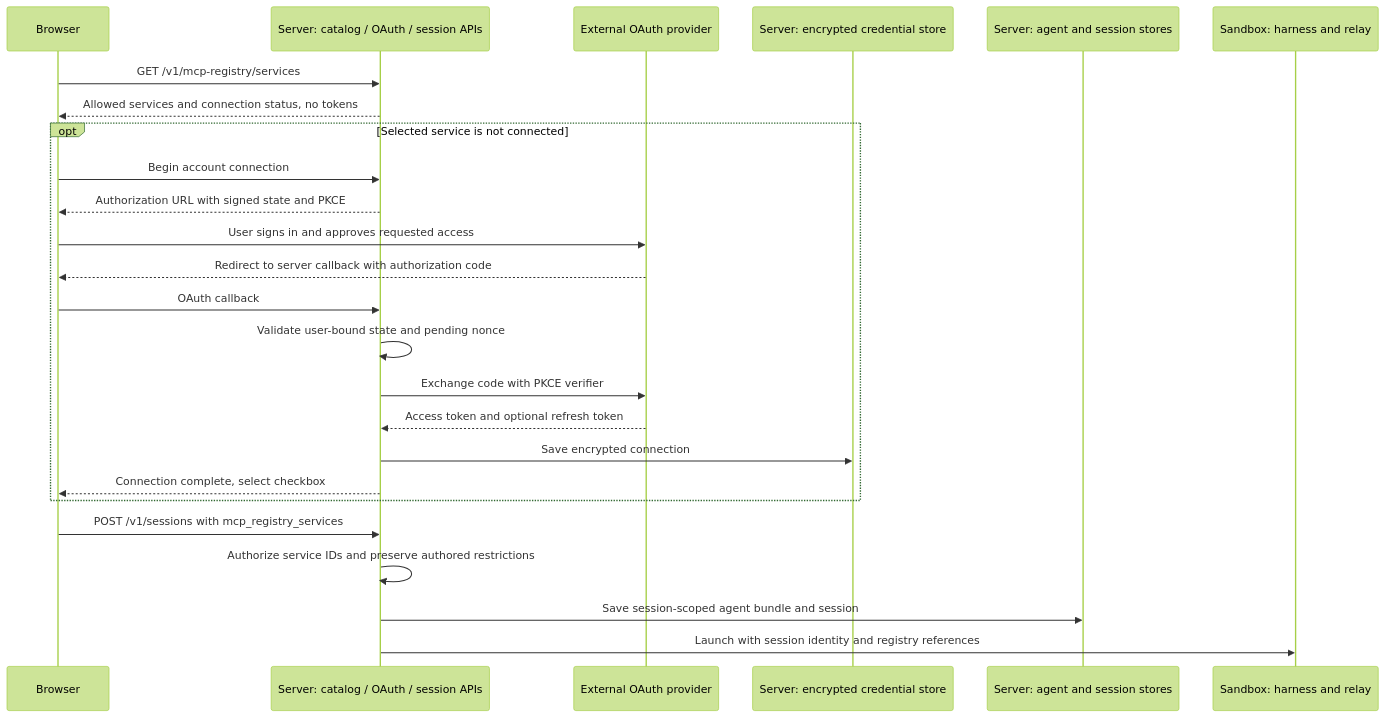
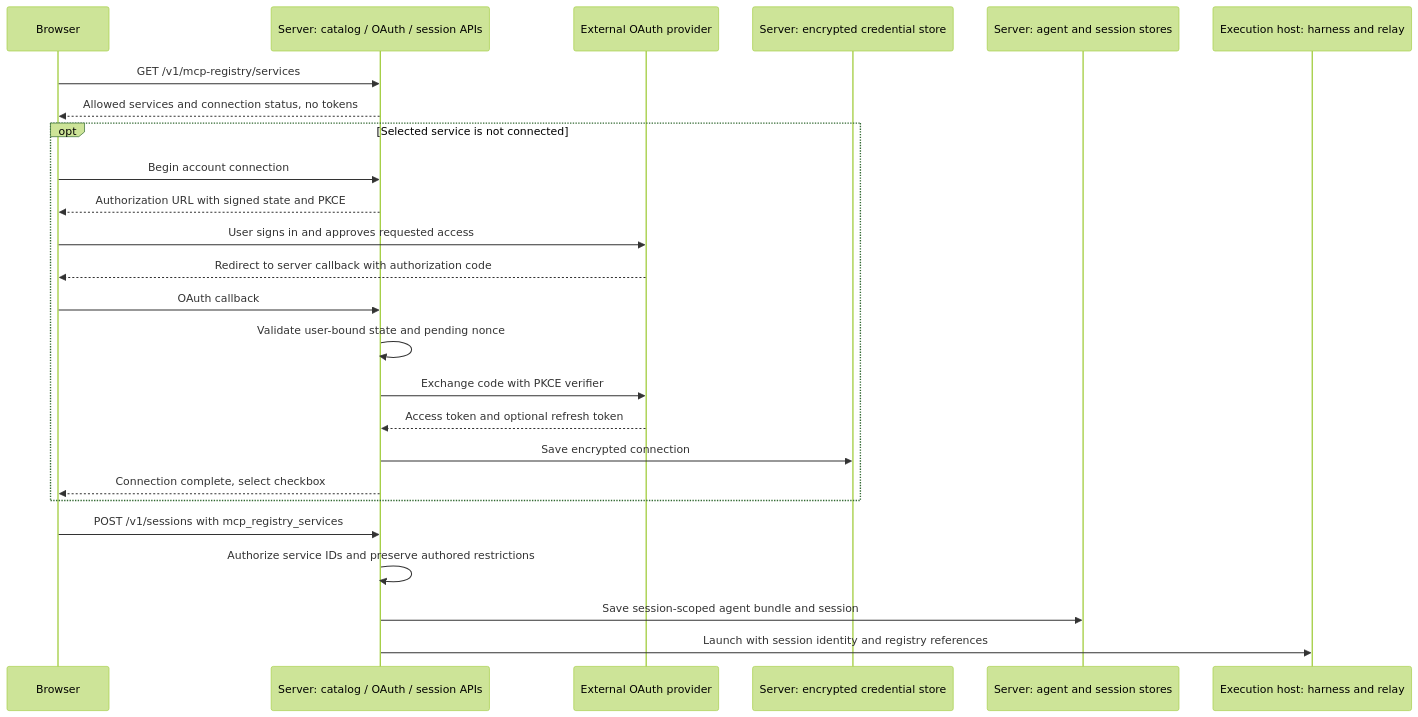
The second of 6 diagrams in designs/MCP_REGISTRY_GATEWAY.md (omnigent-ai/omnigent), drawn with Mermaid (forest theme) before and after one commit. The commit also changed other lines of this file and 14 other files, not shown here.

````diff
--- a/designs/MCP_REGISTRY_GATEWAY.md
+++ b/designs/MCP_REGISTRY_GATEWAY.md
@@ -68,27 +74,27 @@
 ```mermaid
 sequenceDiagram
   participant B as Browser
   participant S as Server: catalog / OAuth / session APIs
   participant O as External OAuth provider
   participant C as Server: encrypted credential store
   participant A as Server: agent and session stores
-  participant H as Sandbox: harness and relay
+  participant H as Execution host: harness and relay
   B->>S: GET /v1/mcp-registry/services
   S-->>B: Allowed services and connection status, no tokens
   opt Selected service is not connected
     B->>S: Begin account connection
     S-->>B: Authorization URL with signed state and PKCE
     B->>O: User signs in and approves requested access
     O-->>B: Redirect to server callback with authorization code
     B->>S: OAuth callback
     S->>S: Validate user-bound state and pending nonce
     S->>O: Exchange code with PKCE verifier
     O-->>S: Access token and optional refresh token
     S->>C: Save encrypted connection
     S-->>B: Connection complete, select checkbox
   end
   B->>S: POST /v1/sessions with mcp_registry_services
   S->>S: Authorize service IDs and preserve authored restrictions
   S->>A: Save session-scoped agent bundle and session
   S->>H: Launch with session identity and registry references
 ```
````
